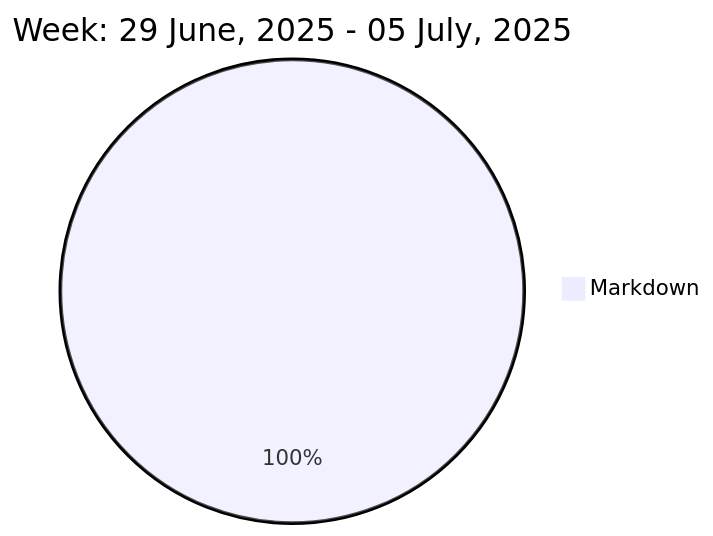
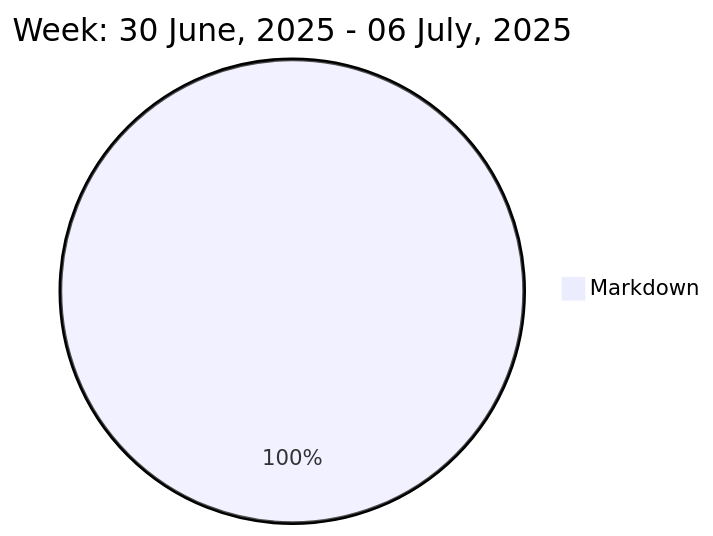
The diagram in README.md (liubin95/liubin95), drawn with Mermaid before and after one commit.

Commit message:
Updated the Graph with new Metrics

````diff
--- a/README.md
+++ b/README.md
@@ -37,5 +37,5 @@
 ```mermaid
  pie
-title Week: 29 June, 2025 - 05 July, 2025
+title Week: 30 June, 2025 - 06 July, 2025
  "Markdown" : 3.23
 ```
````
